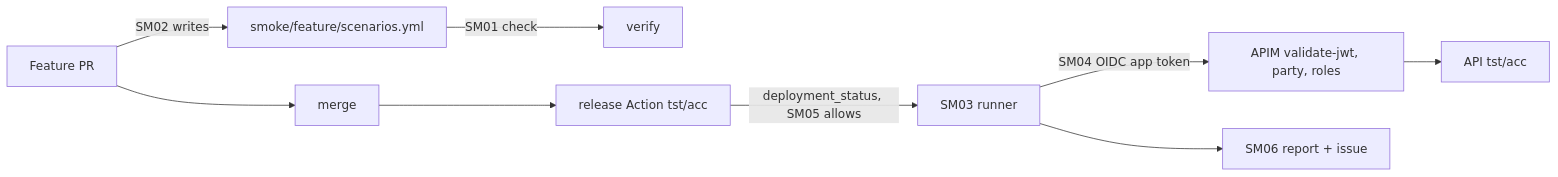
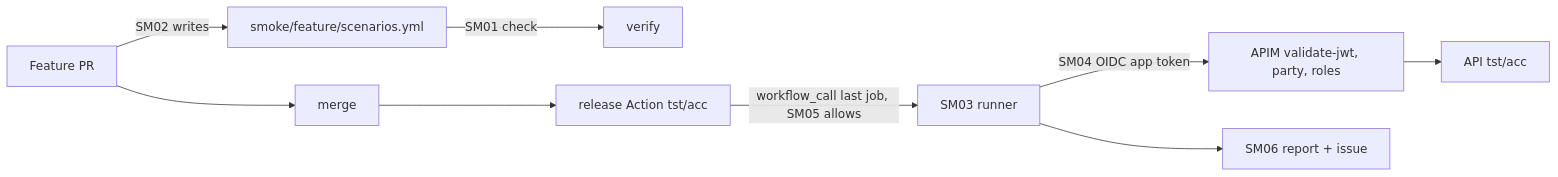
Before and after one commit to svennijhuis/agentic-workflows: the diagram in docs/pbi/smoke/README.md, drawn with Mermaid. The commit also changed other lines of this file and 6 other files, not shown here.

Commit message:
docs(pbi): smoke SM03-SM07, Cursor review fixes at 3c65a17, workflow_call instead of deployment_status (nonprod), own smoke environment

````diff
--- a/docs/pbi/smoke/README.md
+++ b/docs/pbi/smoke/README.md
@@ -5,9 +5,9 @@
 ```mermaid
 flowchart LR
   PR[Feature PR] -->|SM02 writes| SC[smoke/feature/scenarios.yml]
   SC -->|SM01 check| V[verify]
   PR --> M[merge] --> REL[release Action tst/acc]
-  REL -->|deployment_status, SM05 allows| RUN[SM03 runner]
+  REL -->|workflow_call last job, SM05 allows| RUN[SM03 runner]
   RUN -->|SM04 OIDC app token| APIM[APIM validate-jwt, party, roles] --> API[API tst/acc]
   RUN --> REP[SM06 report + issue]
 ```
````
